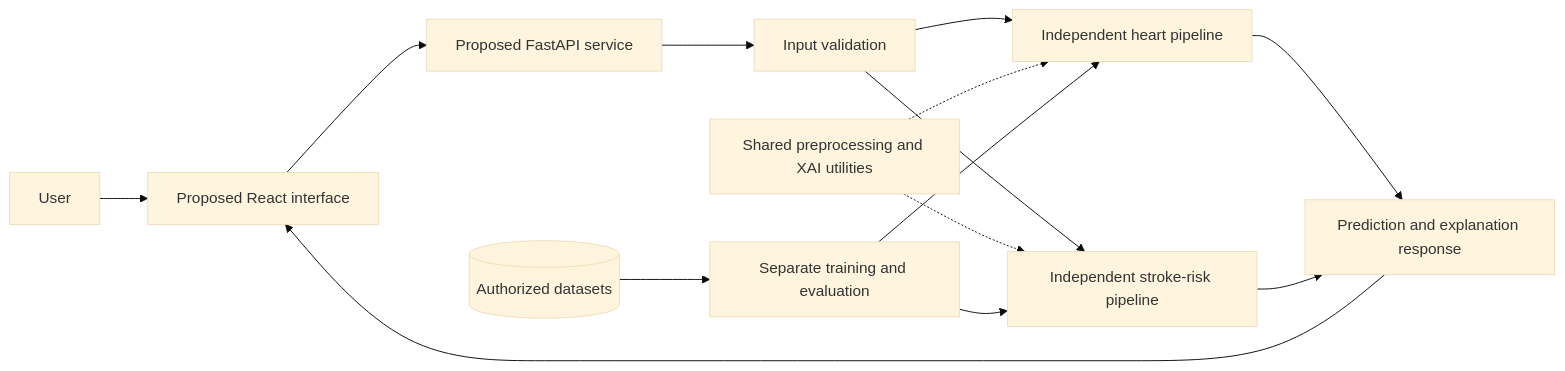
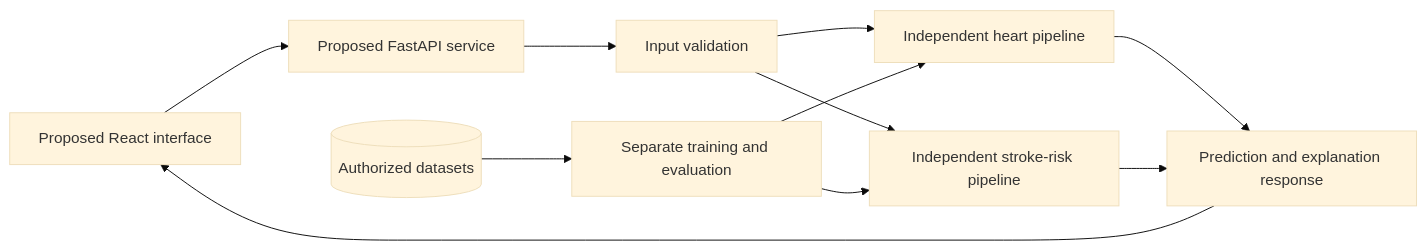
Before and after one commit to Shrutii-Dixit/NiraVed-AI-Healthcare-Platform: the second of 2 diagrams in README.md, drawn with Mermaid (base theme). The commit also changed other lines of this file, not shown here.

````diff
--- a/README.md
+++ b/README.md
@@ -66,16 +115,13 @@
 ```mermaid
 flowchart LR
-    U[User] --> UI[Proposed React interface]
-    UI --> API[Proposed FastAPI service]
-    API --> V[Input validation]
-    V --> H[Independent heart pipeline]
-    V --> S[Independent stroke-risk pipeline]
-    H --> R[Prediction and explanation response]
-    S --> R
-    R --> UI
-    X[Shared preprocessing and XAI utilities] -.-> H
-    X -.-> S
-    D[(Authorized datasets)] --> T[Separate training and evaluation]
-    T --> H
-    T --> S
+    FE["Proposed React interface"] --> API["Proposed FastAPI service"]
+    API --> VAL["Input validation"]
+    VAL --> HP["Independent heart pipeline"]
+    VAL --> SP["Independent stroke-risk pipeline"]
+    HP --> RESP["Prediction and explanation response"]
+    SP --> RESP
+    RESP --> FE
+    DATA[(Authorized datasets)] --> TRAIN["Separate training and evaluation"]
+    TRAIN --> HP
+    TRAIN --> SP
 ```
````
